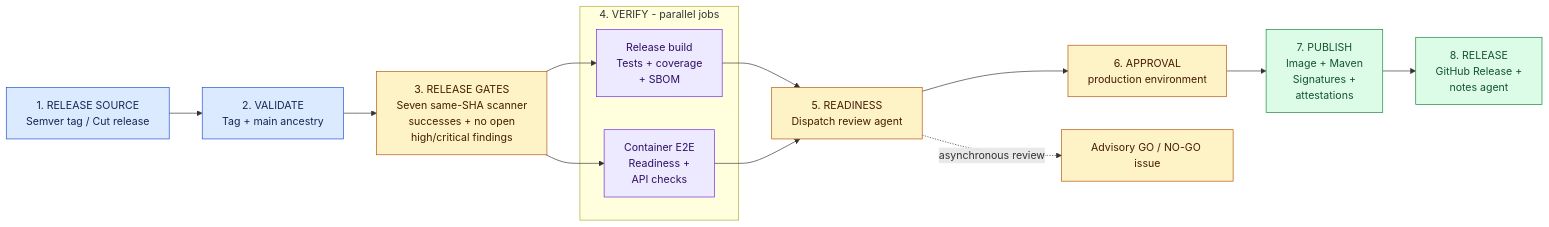
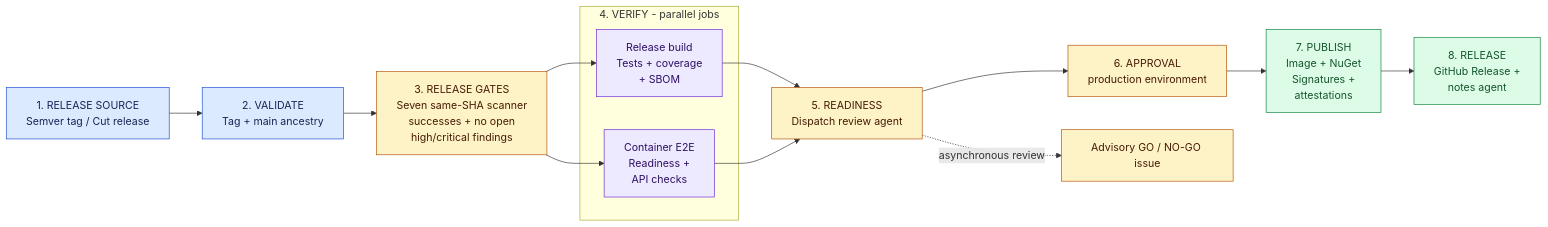
Before and after one commit to ChristianPresley/agentic-pipelines: the second of 3 diagrams in docs/fuzzing-pipeline-view.md, drawn with Mermaid. The commit also changed other lines of this file and 104 other files, not shown here.

````diff
--- a/docs/fuzzing-pipeline-view.md
+++ b/docs/fuzzing-pipeline-view.md
@@ -157,30 +157,30 @@
 ```mermaid
 flowchart LR
   Tag["1. RELEASE SOURCE<br/>Semver tag / Cut release"]
   Validate["2. VALIDATE<br/>Tag + main ancestry"]
   Gates["3. RELEASE GATES<br/>Seven same-SHA scanner<br/>successes + no open<br/>high/critical findings"]
   subgraph Verify["4. VERIFY - parallel jobs"]
     Build["Release build<br/>Tests + coverage<br/>+ SBOM"]
     E2E["Container E2E<br/>Readiness +<br/>API checks"]
   end
   Readiness["5. READINESS<br/>Dispatch review agent"]
   Approval["6. APPROVAL<br/>production environment"]
-  Publish["7. PUBLISH<br/>Image + Maven<br/>Signatures +<br/>attestations"]
+  Publish["7. PUBLISH<br/>Image + NuGet<br/>Signatures +<br/>attestations"]
   Release["8. RELEASE<br/>GitHub Release +<br/>notes agent"]
   Advice["Advisory GO / NO-GO issue"]
   Tag --> Validate --> Gates
   Gates --> Build
   Gates --> E2E
   Build --> Readiness
   E2E --> Readiness
   Readiness --> Approval --> Publish --> Release
   Readiness -. "asynchronous review" .-> Advice
   classDef source fill:#dbeafe,stroke:#1d4ed8,color:#172554
   classDef test fill:#ede9fe,stroke:#6d28d9,color:#2e1065
   classDef gate fill:#fef3c7,stroke:#b45309,color:#451a03
   classDef publish fill:#dcfce7,stroke:#15803d,color:#14532d
   class Tag,Validate source
   class Build,E2E test
   class Gates,Readiness,Approval,Advice gate
   class Publish,Release publish
 ```
````
